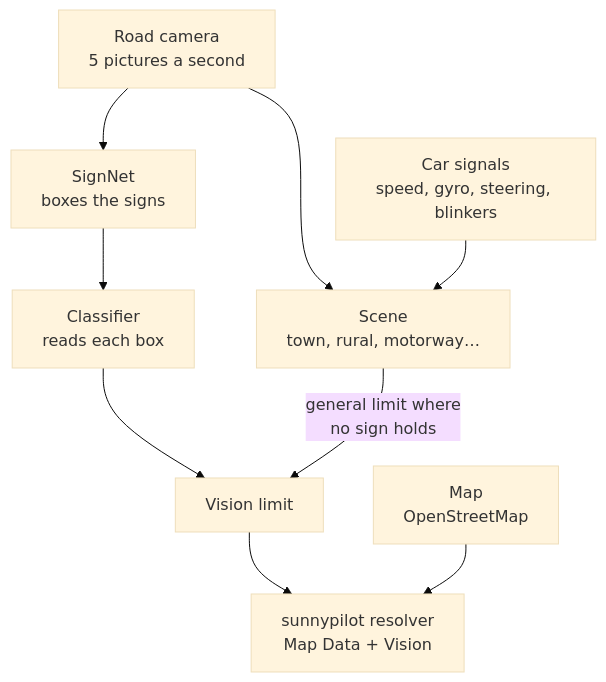
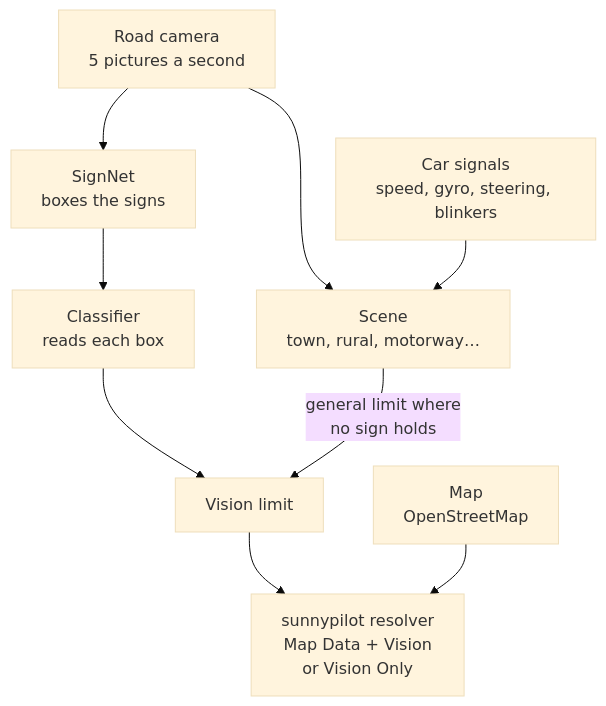
Before and after one commit to cristianku/sunnypilot.speedlimits: the second of 2 diagrams in README.md, drawn with Mermaid (base theme). The commit also changed other lines of this file and 7 other files, not shown here.

First line of the commit message:
Vision Only: Try on the comma and the docs know the new Speed Limit Source

````diff
--- a/README.md
+++ b/README.md
@@ -43,11 +43,11 @@
 ```mermaid
 flowchart TD
   cam["Road camera<br/>5 pictures a second"] --> sn["SignNet<br/>boxes the signs"]
   sn --> cl["Classifier<br/>reads each box"]
   cl --> lim["Vision limit"]
   cam --> rt["Scene<br/>town, rural, motorway…"]
   sig["Car signals<br/>speed, gyro, steering, blinkers"] --> rt
   rt -->|"general limit where<br/>no sign holds"| lim
-  lim --> res["sunnypilot resolver<br/>Map Data + Vision"]
+  lim --> res["sunnypilot resolver<br/>Map Data + Vision<br/>or Vision Only"]
   osm["Map<br/>OpenStreetMap"] --> res
 ```
````
